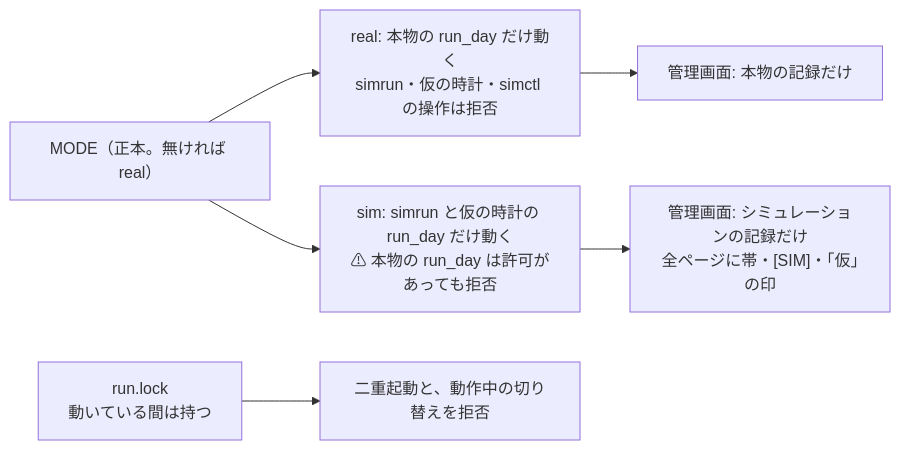
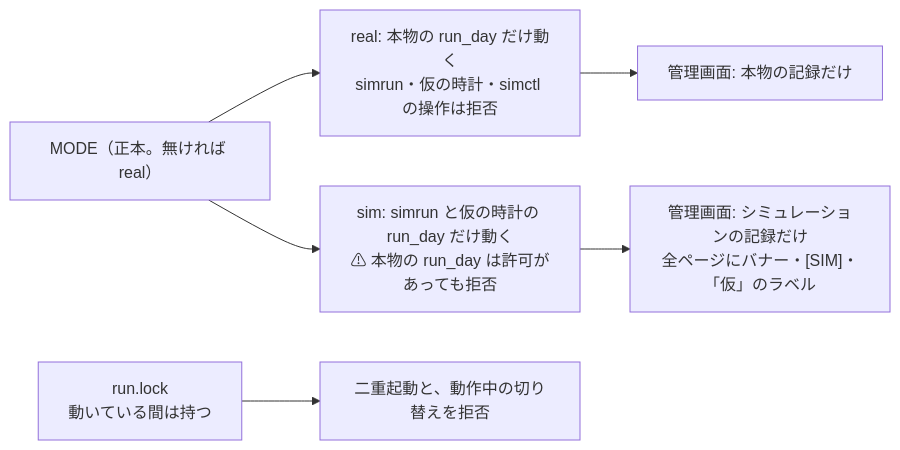
Before and after one commit to akiraak/ai-income-lab: the third of 21 diagrams in docs/specs/experiments/live-trading.md, drawn with Mermaid. The commit also changed other lines of this file and 45 other files, not shown here.

````diff
--- a/docs/specs/experiments/live-trading.md
+++ b/docs/specs/experiments/live-trading.md
@@ -267,8 +267,8 @@
 ```mermaid
 flowchart LR
   M["MODE（正本。無ければ real）"] --> R["real: 本物の run_day だけ動く<br/>simrun・仮の時計・simctl の操作は拒否"]
   M --> S["sim: simrun と仮の時計の run_day だけ動く<br/>⚠ 本物の run_day は許可があっても拒否"]
   L["run.lock<br/>動いている間は持つ"] --> X["二重起動と、動作中の切り替えを拒否"]
   R --> V["管理画面: 本物の記録だけ"]
-  S --> W["管理画面: シミュレーションの記録だけ<br/>全ページに帯・[SIM]・「仮」の印"]
+  S --> W["管理画面: シミュレーションの記録だけ<br/>全ページにバナー・[SIM]・「仮」のラベル"]
 ```
````
